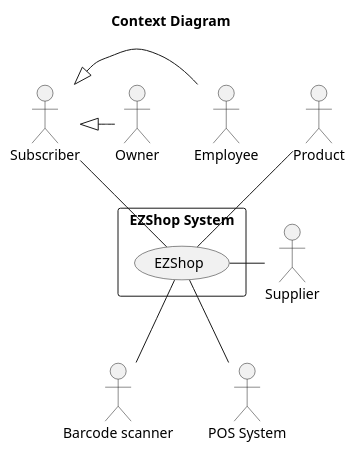
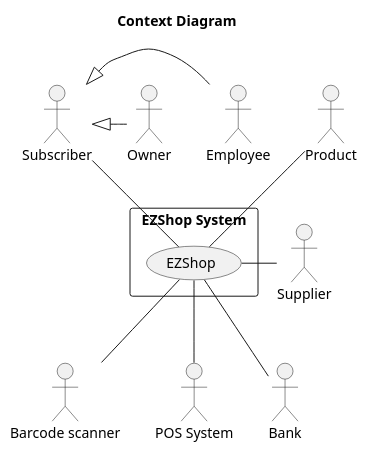
Before and after one commit to nicolabattaglino/ezshop: the first of 7 diagrams in Deliverables/RequirementsDocument.md, drawn with PlantUML.

Commit message:
fixed diagram

````diff
--- a/Deliverables/RequirementsDocument.md
+++ b/Deliverables/RequirementsDocument.md
@@ -59,31 +59,32 @@
 ```plantuml
 @startuml
 
 
 title Context Diagram
 
 
 actor Owner
 actor :Barcode scanner: as bcScanner
 actor Product
 actor Subscriber
 actor Employee
 actor :POS System: as POSSystem
 actor :Supplier: as supplier
+actor Bank
 
 rectangle "EZShop System" as EZShopSystem{
 (EZShop)
 }
 Subscriber <|- Employee
 Subscriber <|- Owner
 Product -- EZShop
 EZShop -- POSSystem
 EZShop - supplier
-
+EZShop -- Bank
 Subscriber -- EZShop
 EZShop -- bcScanner
 
 
 
 @enduml
 ```
````
